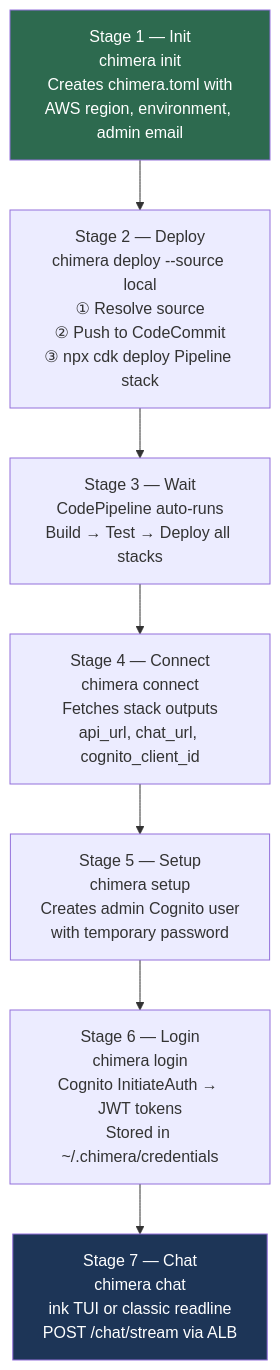
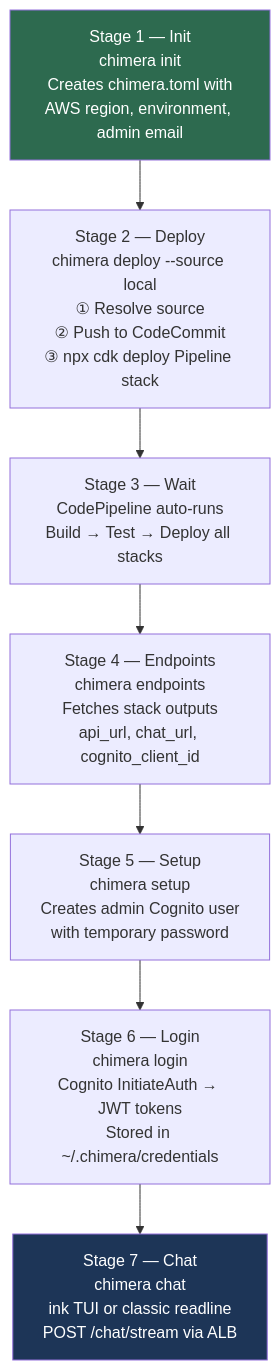
The second of 9 diagrams in docs/architecture/cli-lifecycle.md (Codeseys-Labs/chimera), drawn with Mermaid before and after one commit. The commit also changed other lines of this file and 2 other files, not shown here.

First line of the commit message:
docs: ADR-032, sequence diagrams, and architecture updates for v0.4.0

````diff
--- a/docs/architecture/cli-lifecycle.md
+++ b/docs/architecture/cli-lifecycle.md
@@ -72,15 +78,15 @@
 ```mermaid
 flowchart TD
     S1["Stage 1 — Init<br/>chimera init<br/>Creates chimera.toml with<br/>AWS region, environment, admin email"]
     S2["Stage 2 — Deploy<br/>chimera deploy --source local<br/>① Resolve source<br/>② Push to CodeCommit<br/>③ npx cdk deploy Pipeline stack"]
     S3["Stage 3 — Wait<br/>CodePipeline auto-runs<br/>Build → Test → Deploy all stacks"]
-    S4["Stage 4 — Connect<br/>chimera connect<br/>Fetches stack outputs<br/>api_url, chat_url, cognito_client_id"]
+    S4["Stage 4 — Endpoints<br/>chimera endpoints<br/>Fetches stack outputs<br/>api_url, chat_url, cognito_client_id"]
     S5["Stage 5 — Setup<br/>chimera setup<br/>Creates admin Cognito user<br/>with temporary password"]
     S6["Stage 6 — Login<br/>chimera login<br/>Cognito InitiateAuth → JWT tokens<br/>Stored in ~/.chimera/credentials"]
     S7["Stage 7 — Chat<br/>chimera chat<br/>ink TUI or classic readline<br/>POST /chat/stream via ALB"]
 
     S1 --> S2 --> S3 --> S4 --> S5 --> S6 --> S7
 
     style S1 fill:#2d6a4f,color:#fff
     style S7 fill:#1d3557,color:#fff
 ```
````
